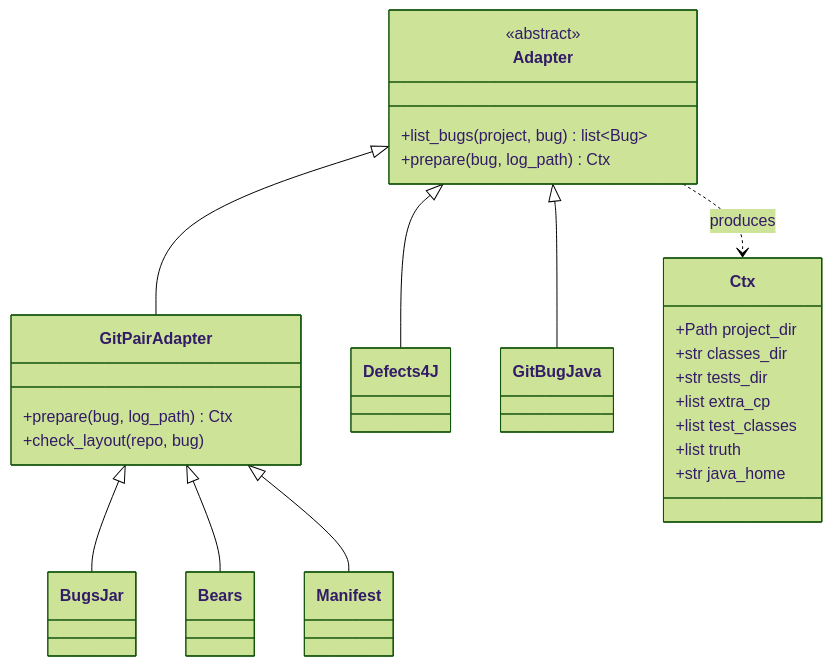
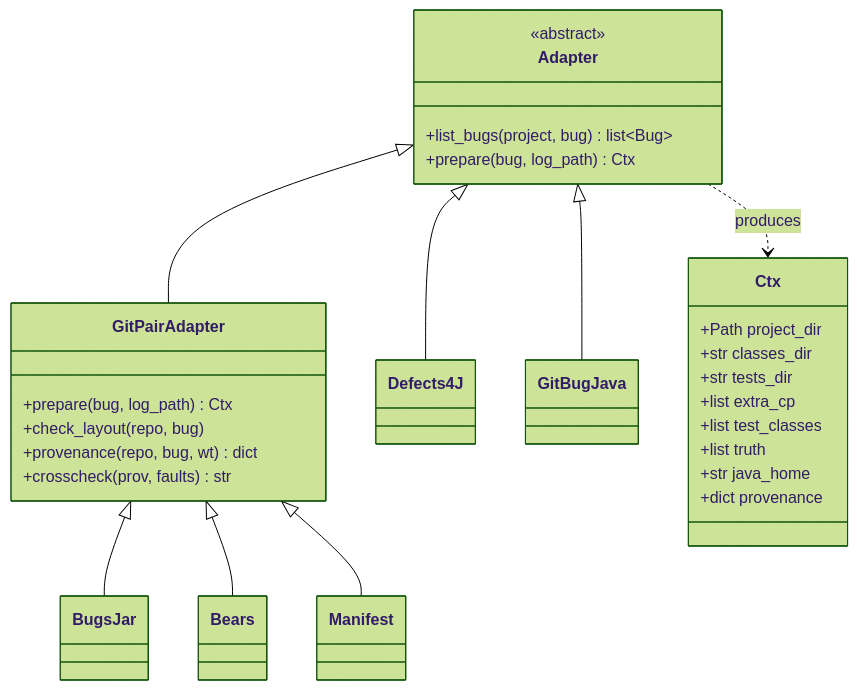
Before and after one commit to alexzjss/jflp: the seventh of 7 diagrams in README.md, drawn with Mermaid (forest theme). The commit also changed other lines of this file, not shown here.

````diff
--- a/README.md
+++ b/README.md
@@ -339,33 +855,36 @@
 ```mermaid
 classDiagram
     class Adapter {
         <<abstract>>
         +list_bugs(project, bug) list~Bug~
         +prepare(bug, log_path) Ctx
     }
     class GitPairAdapter {
         +prepare(bug, log_path) Ctx
         +check_layout(repo, bug)
+        +provenance(repo, bug, wt) dict
+        +crosscheck(prov, faults) str
     }
     class Defects4J
     class GitBugJava
     class BugsJar
     class Bears
     class Manifest
     class Ctx {
         +Path project_dir
         +str classes_dir
         +str tests_dir
         +list extra_cp
         +list test_classes
         +list truth
         +str java_home
+        +dict provenance
     }
     Adapter <|-- GitPairAdapter
     Adapter <|-- Defects4J
     Adapter <|-- GitBugJava
     GitPairAdapter <|-- BugsJar
     GitPairAdapter <|-- Bears
     GitPairAdapter <|-- Manifest
     Adapter ..> Ctx : produces
 ```
````
